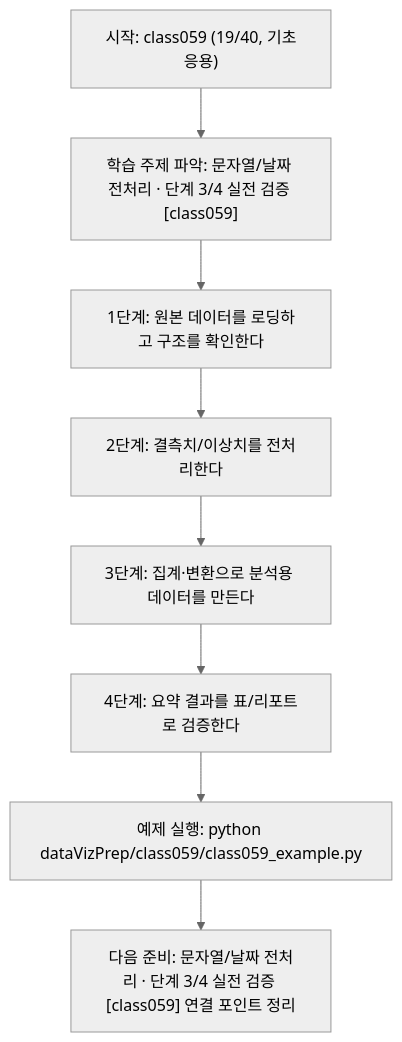
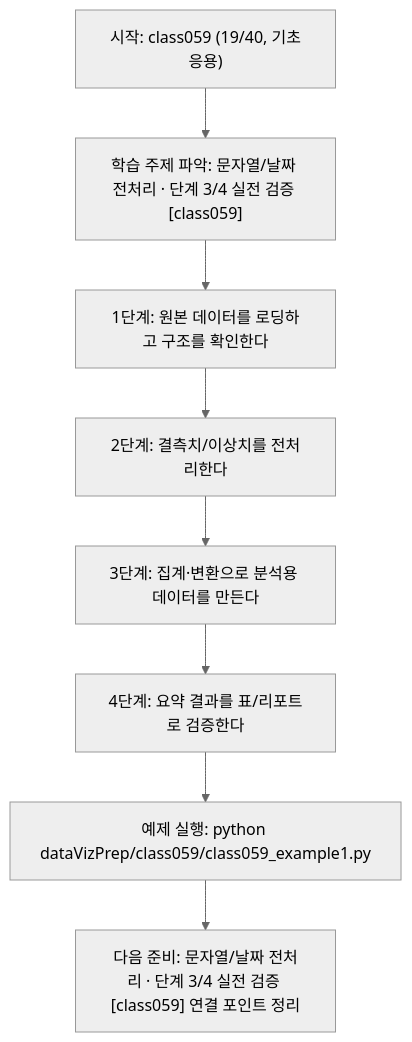
The diagram in dataVizPrep/class059/class059.md (edumgt/Python-AI_Agent-Class), drawn with Mermaid (neutral theme) before and after one commit. The commit also changed other lines of this file and 2959 other files, not shown here.

````diff
--- a/dataVizPrep/class059/class059.md
+++ b/dataVizPrep/class059/class059.md
@@ -111,18 +111,18 @@
 ```mermaid
 flowchart TD
 N1["시작: class059 (19/40, 기초응용)"]
 N2["학습 주제 파악: 문자열/날짜 전처리 · 단계 3/4 실전 검증 [class059]"]
 N3["1단계: 원본 데이터를 로딩하고 구조를 확인한다"]
 N4["2단계: 결측치/이상치를 전처리한다"]
 N5["3단계: 집계·변환으로 분석용 데이터를 만든다"]
 N6["4단계: 요약 결과를 표/리포트로 검증한다"]
-N7["예제 실행: python dataVizPrep/class059/class059_example.py"]
+N7["예제 실행: python dataVizPrep/class059/class059_example1.py"]
 N8["다음 준비: 문자열/날짜 전처리 · 단계 3/4 실전 검증 [class059] 연결 포인트 정리"]
 N1 --> N2
 N2 --> N3
 N3 --> N4
 N4 --> N5
 N5 --> N6
 N6 --> N7
 N7 --> N8
 ```
````
